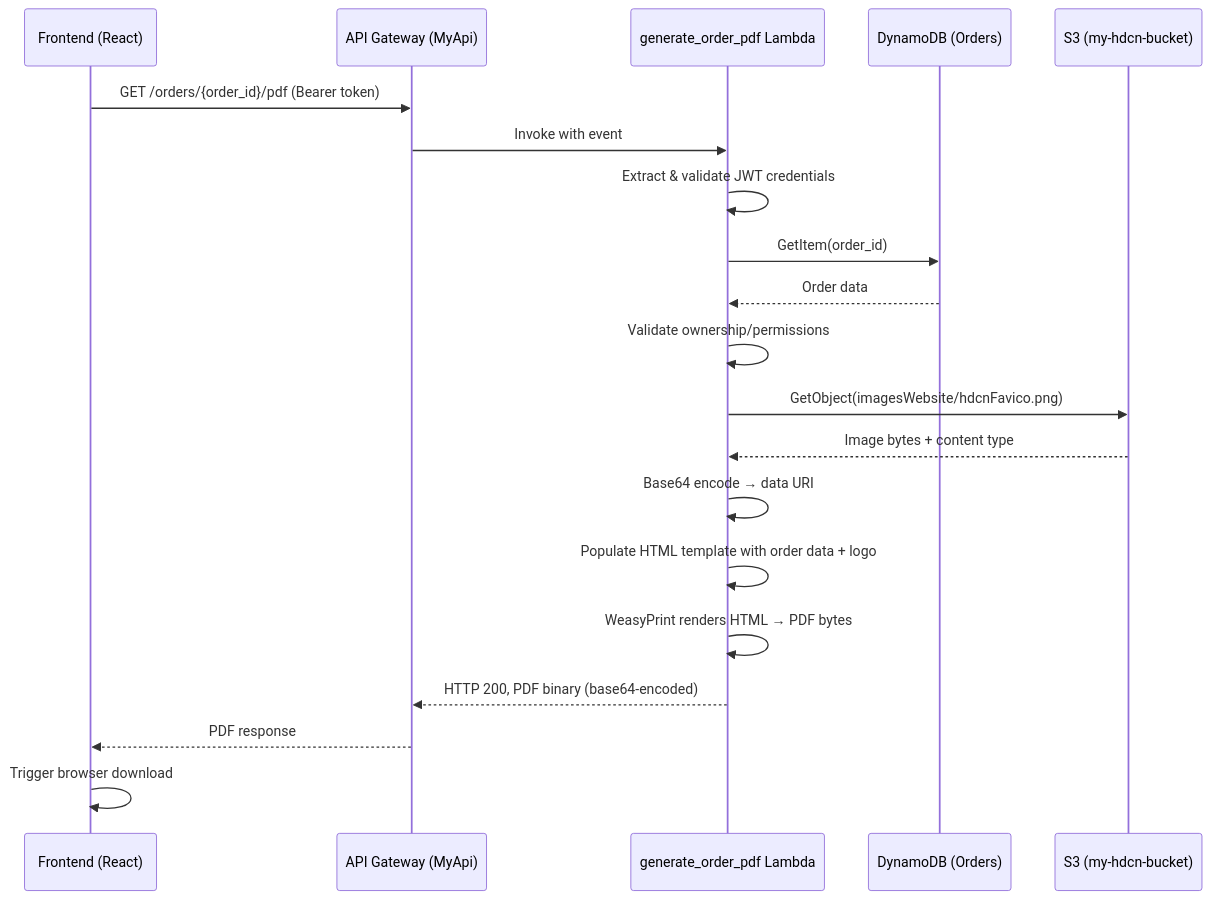
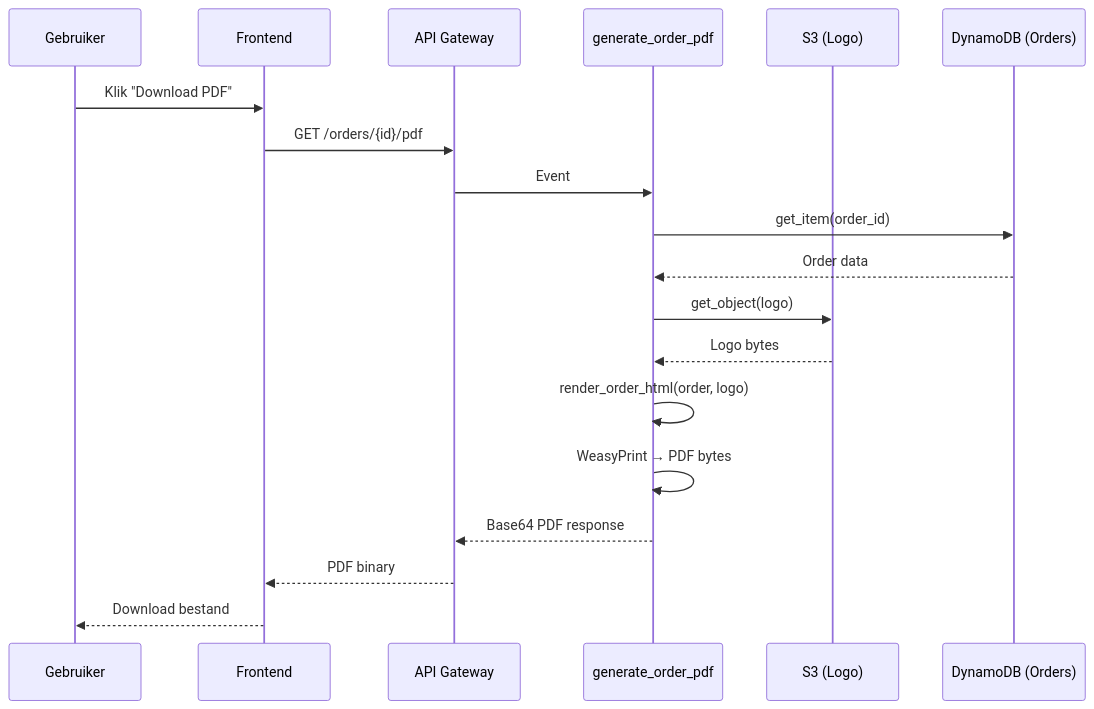
Before and after one commit to PeterGeers/h-dcn: the diagram in .kiro/specs/order-confirmation-pdf/design.md, drawn with Mermaid. The commit also changed other lines of this file and 5 other files, not shown here.

First line of the commit message:
fix: order PDF layout matching frontend design

````diff
--- a/.kiro/specs/order-confirmation-pdf/design.md
+++ b/.kiro/specs/order-confirmation-pdf/design.md
@@ -23,23 +9,22 @@
 ```mermaid
 sequenceDiagram
-    participant FE as Frontend (React)
-    participant APIGW as API Gateway (MyApi)
-    participant Lambda as generate_order_pdf Lambda
+    participant User as Gebruiker
+    participant FE as Frontend
+    participant API as API Gateway
+    participant Lambda as generate_order_pdf
+    participant S3 as S3 (Logo)
     participant DDB as DynamoDB (Orders)
-    participant S3 as S3 (my-hdcn-bucket)
 
-    FE->>APIGW: GET /orders/{order_id}/pdf (Bearer token)
-    APIGW->>Lambda: Invoke with event
-    Lambda->>Lambda: Extract & validate JWT credentials
-    Lambda->>DDB: GetItem(order_id)
+    User->>FE: Klik "Download PDF"
+    FE->>API: GET /orders/{id}/pdf
+    API->>Lambda: Event
+    Lambda->>DDB: get_item(order_id)
     DDB-->>Lambda: Order data
-    Lambda->>Lambda: Validate ownership/permissions
-    Lambda->>S3: GetObject(imagesWebsite/hdcnFavico.png)
-    S3-->>Lambda: Image bytes + content type
-    Lambda->>Lambda: Base64 encode → data URI
-    Lambda->>Lambda: Populate HTML template with order data + logo
-    Lambda->>Lambda: WeasyPrint renders HTML → PDF bytes
-    Lambda-->>APIGW: HTTP 200, PDF binary (base64-encoded)
-    APIGW-->>FE: PDF response
-    FE->>FE: Trigger browser download
+    Lambda->>S3: get_object(logo)
+    S3-->>Lambda: Logo bytes
+    Lambda->>Lambda: render_order_html(order, logo)
+    Lambda->>Lambda: WeasyPrint → PDF bytes
+    Lambda-->>API: Base64 PDF response
+    API-->>FE: PDF binary
+    FE-->>User: Download bestand
 ```
````
